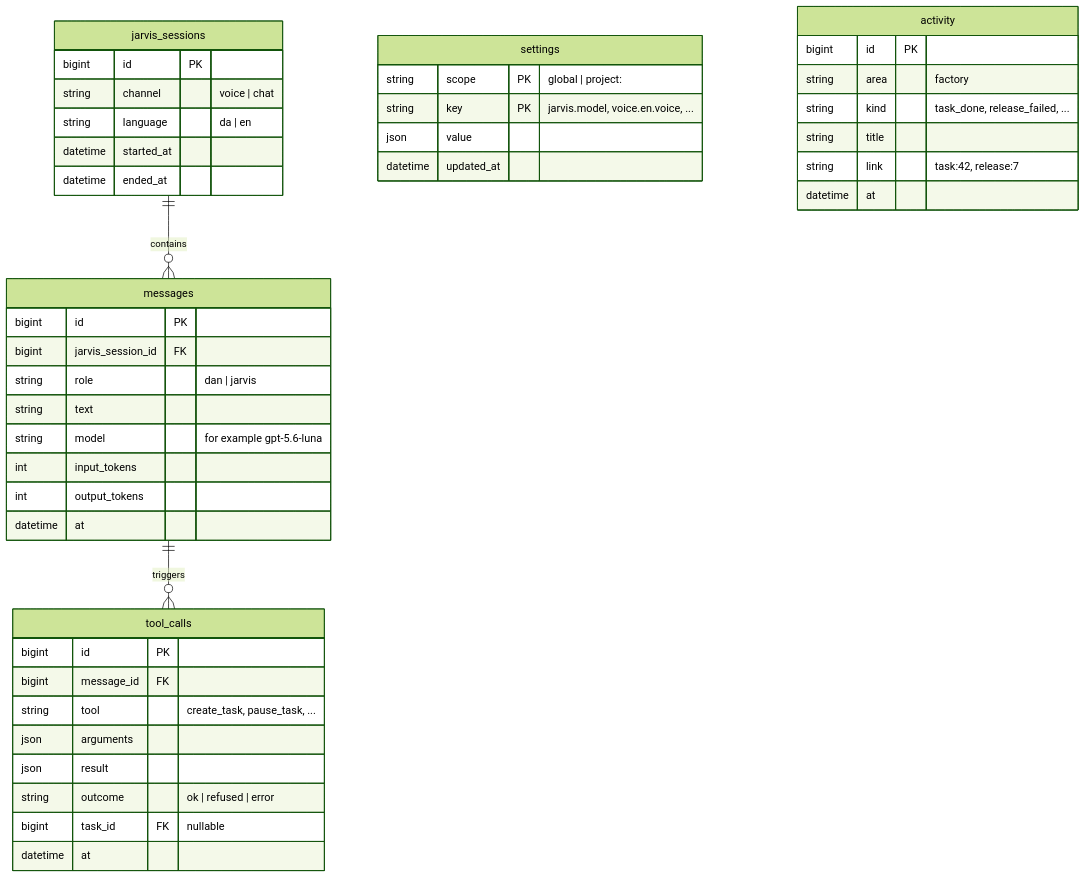
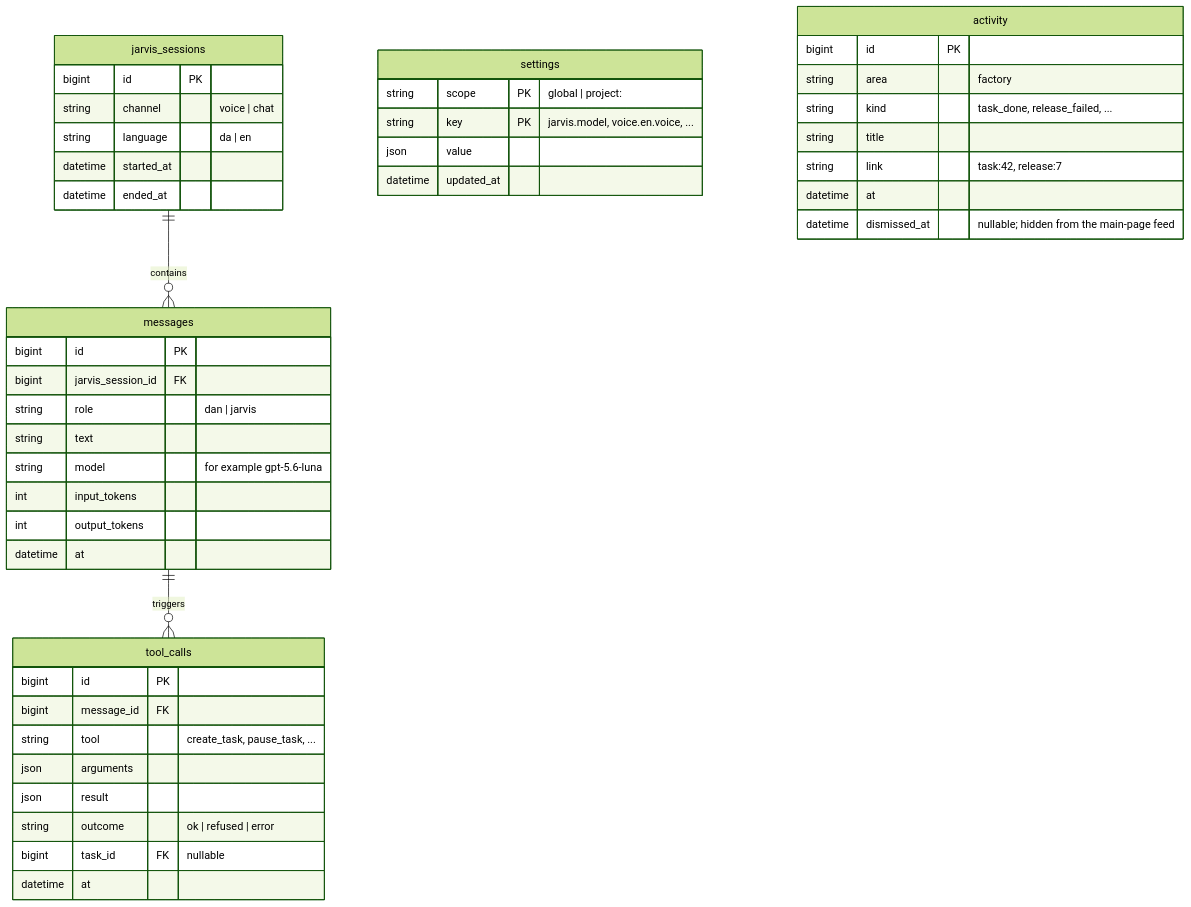
One commit to DanAakesen/jarvis changed the second of 8 diagrams in docs/data-model.md. Above: the diagram before and after it, drawn with Mermaid (forest theme). The commit also changed other lines of this file and 26 other files, not shown here.

````diff
--- a/docs/data-model.md
+++ b/docs/data-model.md
@@ -93,46 +96,47 @@
 ```mermaid
 erDiagram
     jarvis_sessions ||--o{ messages : contains
     messages ||--o{ tool_calls : triggers
     jarvis_sessions {
         bigint id PK
         string channel "voice | chat"
         string language "da | en"
         datetime started_at
         datetime ended_at
     }
     messages {
         bigint id PK
         bigint jarvis_session_id FK
         string role "dan | jarvis"
         string text
         string model "for example gpt-5.6-luna"
         int input_tokens
         int output_tokens
         datetime at
     }
     tool_calls {
         bigint id PK
         bigint message_id FK
         string tool "create_task, pause_task, ..."
         json arguments
         json result
         string outcome "ok | refused | error"
         bigint task_id FK "nullable"
         datetime at
     }
     settings {
         string scope PK "global | project:<id>"
         string key PK "jarvis.model, voice.en.voice, ..."
         json value
         datetime updated_at
     }
     activity {
         bigint id PK
         string area "factory"
         string kind "task_done, release_failed, ..."
         string title
         string link "task:42, release:7"
         datetime at
+        datetime dismissed_at "nullable; hidden from the main-page feed"
     }
 ```
````
